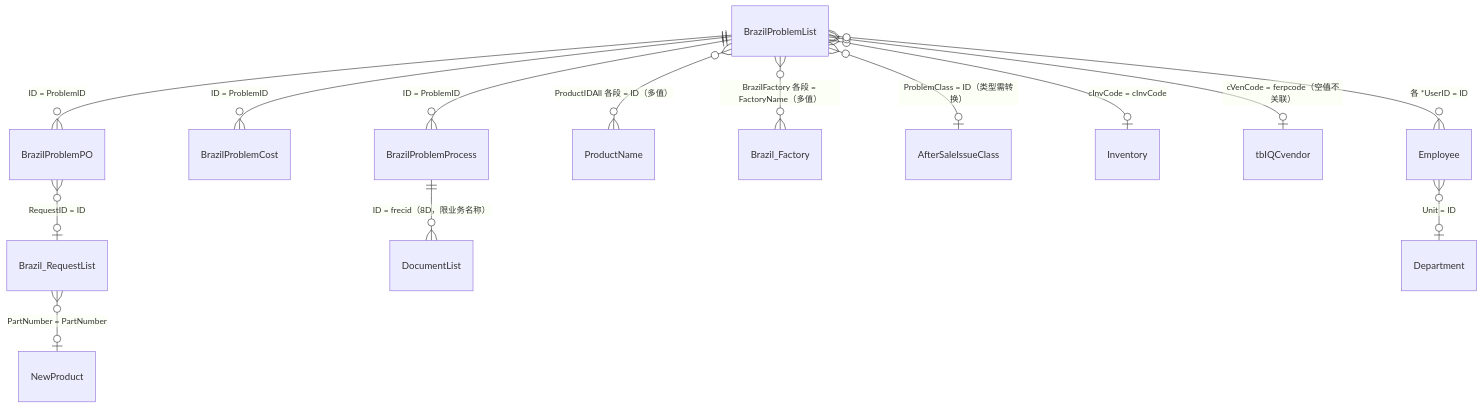
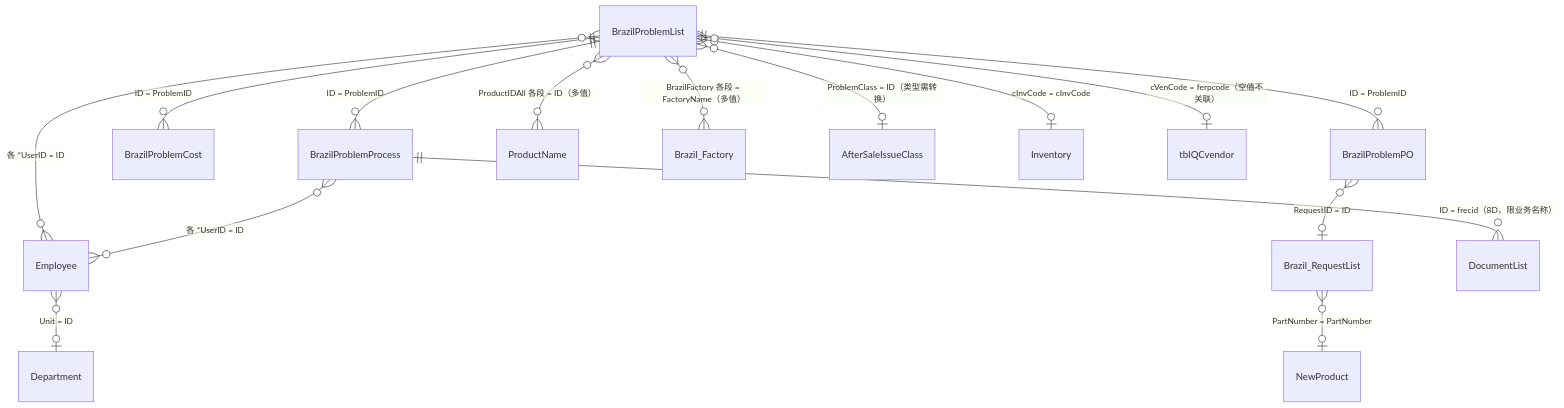
Before and after one commit to wujushan/FactoryIssue: the third of 4 diagrams in docs/2_landed/table_relations.md, drawn with Mermaid. The commit also changed other lines of this file and 51 other files, not shown here.

````diff
--- a/docs/2_landed/table_relations.md
+++ b/docs/2_landed/table_relations.md
@@ -112,16 +127,17 @@
 ```mermaid
 erDiagram
     BrazilProblemList ||--o{ BrazilProblemProcess : "ID = ProblemID"
     BrazilProblemList ||--o{ BrazilProblemCost : "ID = ProblemID"
     BrazilProblemList ||--o{ BrazilProblemPO : "ID = ProblemID"
     BrazilProblemPO }o--o| Brazil_RequestList : "RequestID = ID"
     Brazil_RequestList }o--o| NewProduct : "PartNumber = PartNumber"
     BrazilProblemList }o--o{ ProductName : "ProductIDAll 各段 = ID（多值）"
     BrazilProblemList }o--o{ Brazil_Factory : "BrazilFactory 各段 = FactoryName（多值）"
     BrazilProblemList }o--o| AfterSaleIssueClass : "ProblemClass = ID（类型需转换）"
     BrazilProblemList }o--o| Inventory : "cInvCode = cInvCode"
     BrazilProblemList }o--o| tbIQCvendor : "cVenCode = ferpcode（空值不关联）"
     BrazilProblemList }o--o{ Employee : "各 *UserID = ID"
     BrazilProblemProcess ||--o{ DocumentList : "ID = frecid（8D，限业务名称）"
+    BrazilProblemProcess }o--o{ Employee : "各 *UserID = ID"
     Employee }o--o| Department : "Unit = ID"
 ```
````
